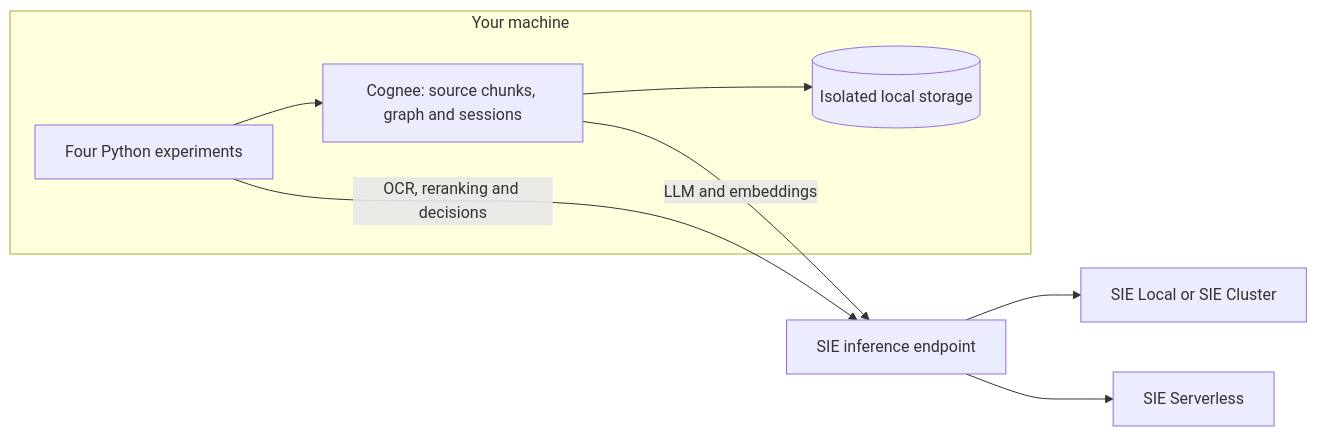
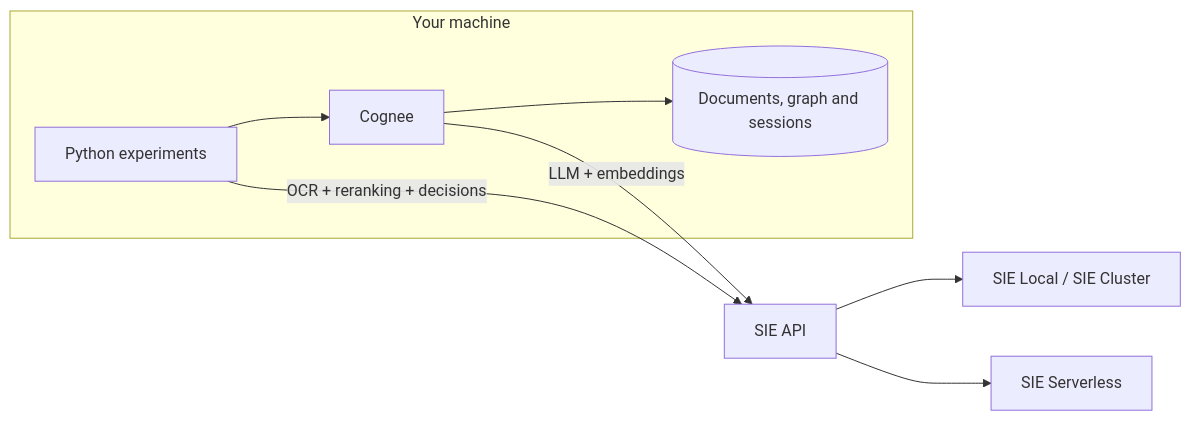
The first of 4 diagrams in examples/cognee/README.md (superlinked/sie), drawn with Mermaid before and after one commit. The commit also changed other lines of this file and 7 other files, not shown here.

````diff
--- a/examples/cognee/README.md
+++ b/examples/cognee/README.md
@@ -17,11 +16,11 @@
 ```mermaid
 flowchart LR
   subgraph Machine[Your machine]
-    P[Four Python experiments] --> C[Cognee: source chunks, graph and sessions]
-    C --> D[(Isolated local storage)]
+    P[Python experiments] --> C[Cognee]
+    C --> D[(Documents, graph and sessions)]
   end
-  C -->|LLM and embeddings| S[SIE inference endpoint]
-  P -->|OCR, reranking and decisions| S
-  S --> L[SIE Local or SIE Cluster]
+  C -->|LLM + embeddings| S[SIE API]
+  P -->|OCR + reranking + decisions| S
+  S --> L[SIE Local / SIE Cluster]
   S --> H[SIE Serverless]
 ```
````
